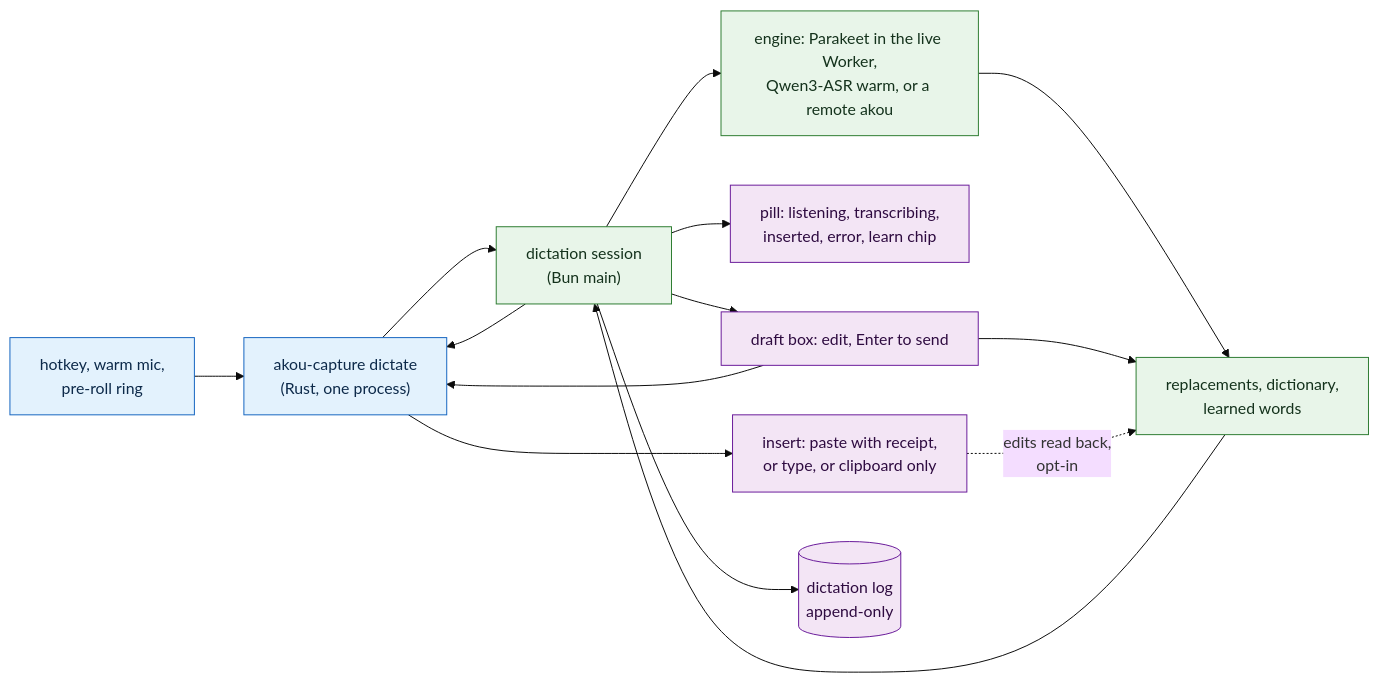
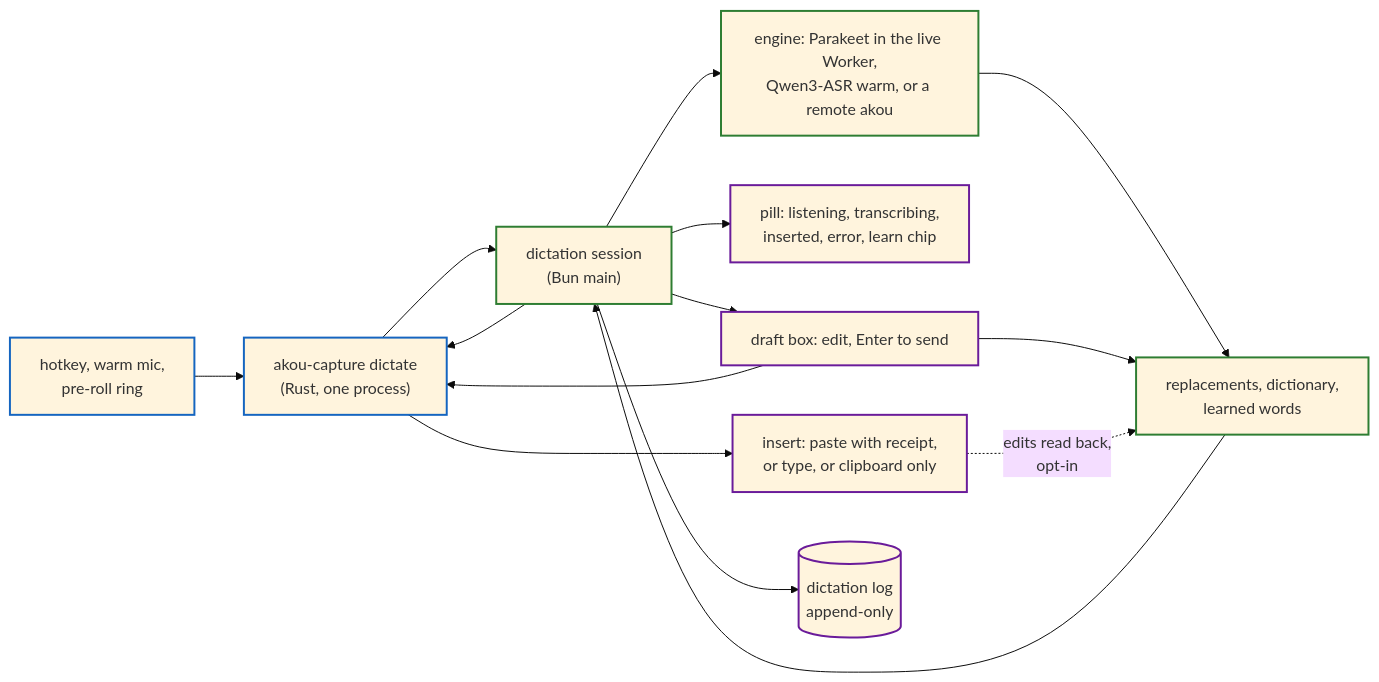
The diagram in docs/ux/DICTATION.md (GeiserX/akou), drawn with Mermaid (base theme) before and after one commit. The commit also changed 7 other files, not shown here.

First line of the commit message:
docs: make every diagram readable in the dark theme (#230)

````diff
--- a/docs/ux/DICTATION.md
+++ b/docs/ux/DICTATION.md
@@ -19,24 +19,24 @@
 ```mermaid
 flowchart LR
-  classDef door fill:#e3f2fd,stroke:#1565c0,color:#0d2a4a
-  classDef core fill:#e8f5e9,stroke:#2e7d32,color:#14321c
-  classDef out fill:#f3e5f5,stroke:#6a1b9a,color:#2e0b40
+  classDef door stroke:#1565c0,stroke-width:2px
+  classDef core stroke:#2e7d32,stroke-width:2px
+  classDef out stroke:#6a1b9a,stroke-width:2px
 
   Key["hotkey, warm mic,<br/>pre-roll ring"]:::door
   Helper["akou-capture dictate<br/>(Rust, one process)"]:::door
   Sess["dictation session<br/>(Bun main)"]:::core
   Eng["engine: Parakeet in the live Worker,<br/>Qwen3-ASR warm, or a remote akou"]:::core
   Vocab["replacements, dictionary,<br/>learned words"]:::core
   Pill["pill: listening, transcribing,<br/>inserted, error, learn chip"]:::out
   Draft["draft box: edit, Enter to send"]:::out
   Ins["insert: paste with receipt,<br/>or type, or clipboard only"]:::out
   Hist[("dictation log<br/>append-only")]:::out
 
   Key --> Helper --> Sess --> Eng --> Vocab --> Sess
   Sess --> Pill
   Sess --> Draft --> Helper
   Sess --> Helper --> Ins
   Sess --> Hist
   Draft --> Vocab
   Ins -.->|edits read back,<br/>opt-in| Vocab
 ```
````
